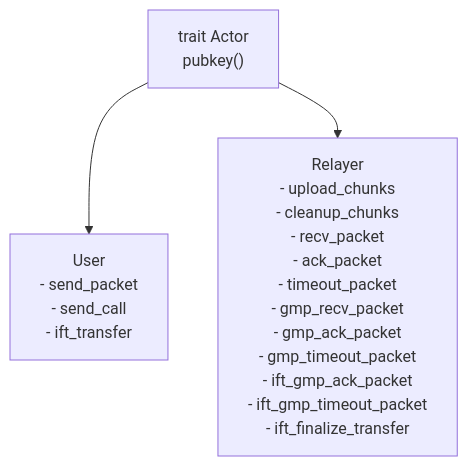
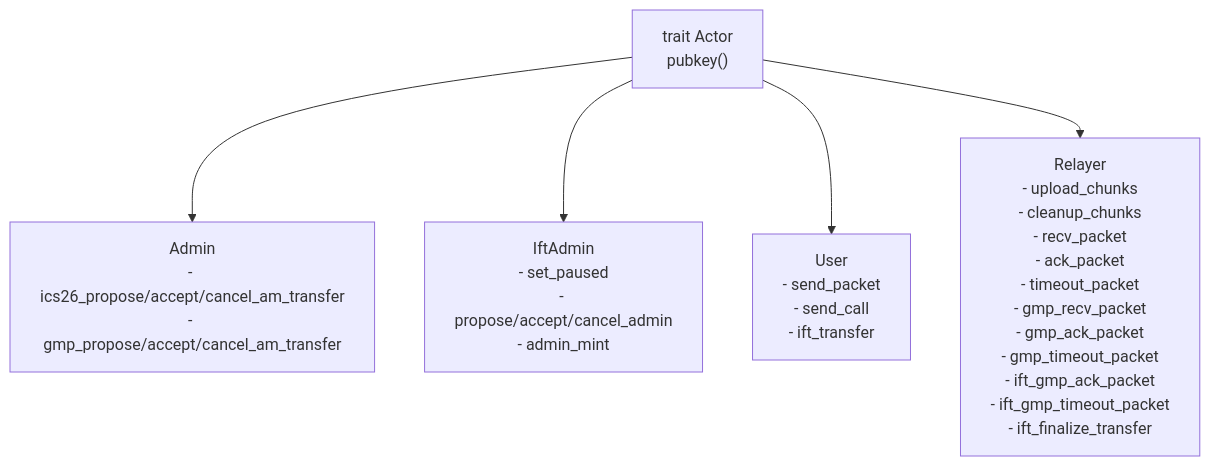
Before and after one commit to cosmos/solidity-ibc-eureka: the third of 8 diagrams in programs/solana/integration-tests/README.md, drawn with Mermaid. The commit also changed other lines of this file and 52 other files, not shown here.

First line of the commit message:
feat(solana/integration-tests): add Admin actors and AM transfer tests

````diff
--- a/programs/solana/integration-tests/README.md
+++ b/programs/solana/integration-tests/README.md
@@ -105,9 +109,13 @@
 ```mermaid
 graph TB
     Actor["trait Actor\npubkey()"]
+    Admin["Admin\n- ics26_propose/accept/cancel_am_transfer\n- gmp_propose/accept/cancel_am_transfer"]
+    IftAdmin["IftAdmin\n- set_paused\n- propose/accept/cancel_admin\n- admin_mint"]
     User["User\n- send_packet\n- send_call\n- ift_transfer"]
     Relayer["Relayer\n- upload_chunks\n- cleanup_chunks\n- recv_packet\n- ack_packet\n- timeout_packet\n- gmp_recv_packet\n- gmp_ack_packet\n- gmp_timeout_packet\n- ift_gmp_ack_packet\n- ift_gmp_timeout_packet\n- ift_finalize_transfer"]
 
+    Actor --> Admin
+    Actor --> IftAdmin
     Actor --> User
     Actor --> Relayer
 ```
````
